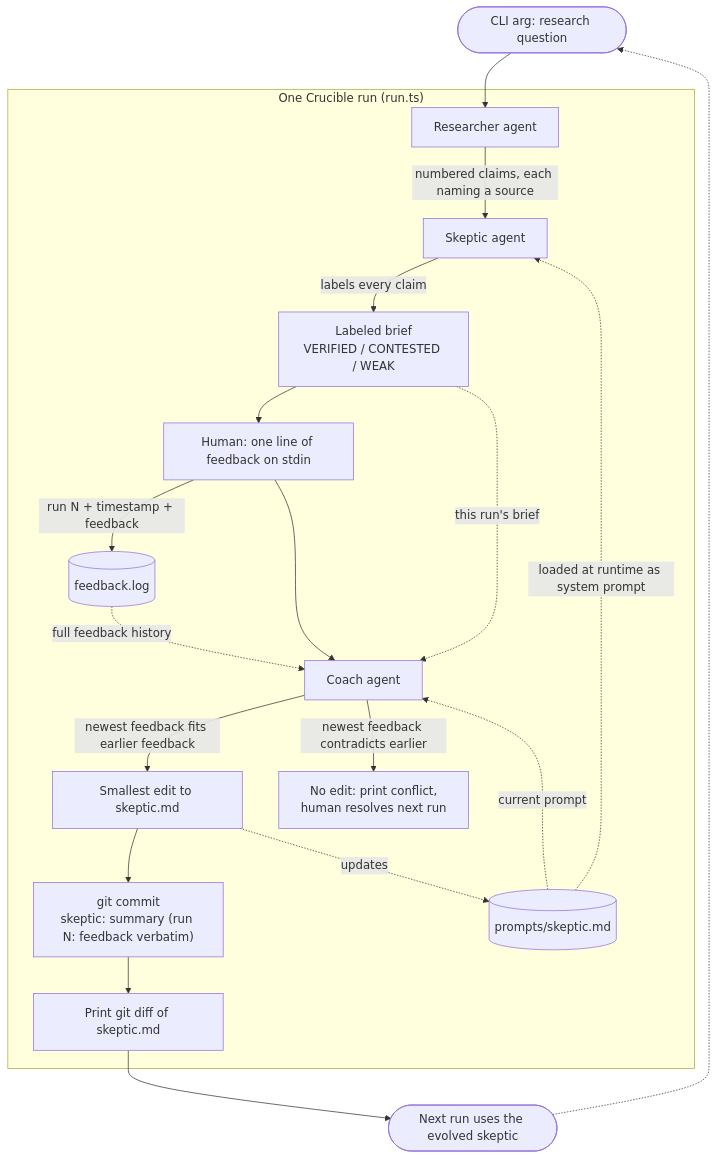
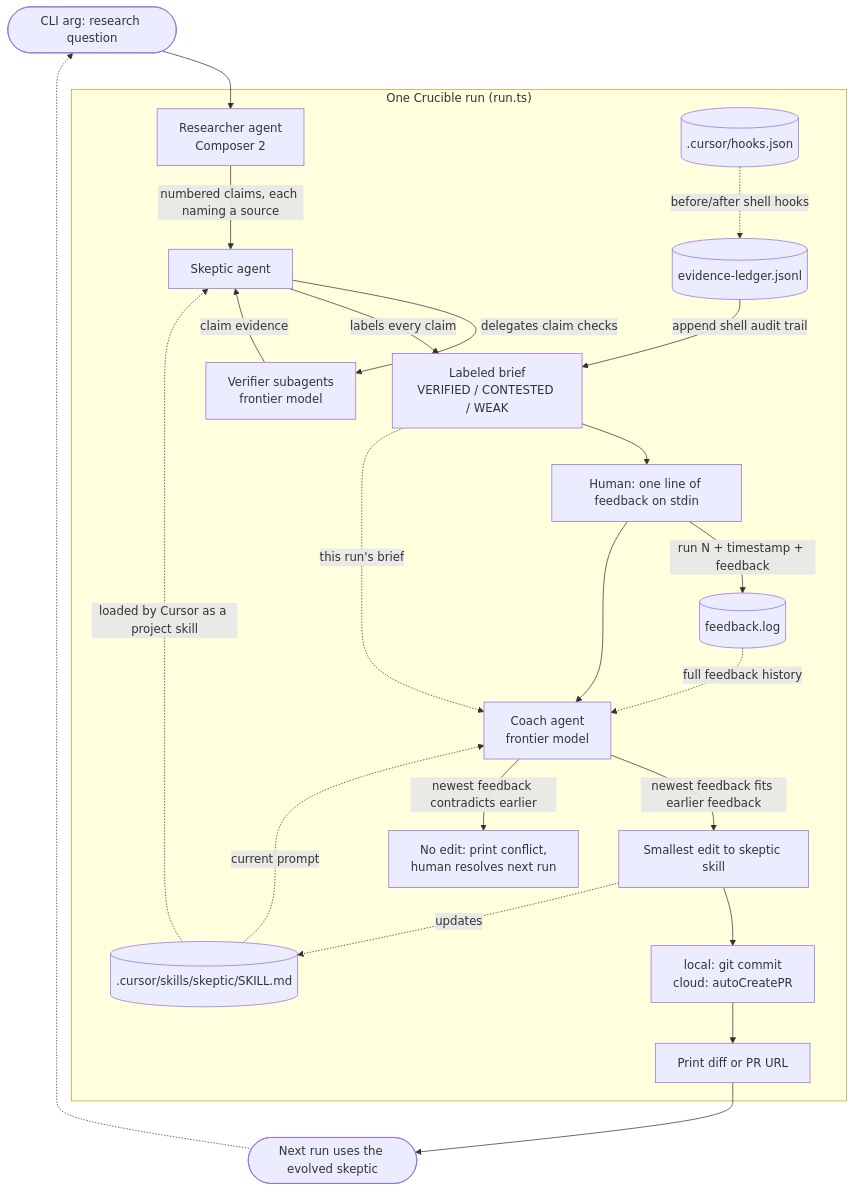
One commit to dean2727/crucible changed the diagram in crucible/README.md. Above: the diagram before and after it, drawn with Mermaid. The commit also changed other lines of this file and 6 other files, not shown here.

First line of the commit message:
feat(crucible): evolve skeptic as a Cursor skill

````diff
--- a/crucible/README.md
+++ b/crucible/README.md
@@ -20,24 +23,28 @@
 ```mermaid
 flowchart TD
     Q(["CLI arg: research question"]) --> R
 
     subgraph run ["One Crucible run (run.ts)"]
-        R["Researcher agent"] -->|"numbered claims, each naming a source"| S
-        SP[("prompts/skeptic.md")] -.->|"loaded at runtime as system prompt"| S
+        R["Researcher agent<br/>Composer 2"] -->|"numbered claims, each naming a source"| S
+        SP[(".cursor/skills/skeptic/SKILL.md")] -.->|"loaded by Cursor as a project skill"| S
+        S -->|"delegates claim checks"| V["Verifier subagents<br/>frontier model"]
+        V -->|"claim evidence"| S
+        HJ[(".cursor/hooks.json")] -.->|"before/after shell hooks"| EL[("evidence-ledger.jsonl")]
         S["Skeptic agent"] -->|"labels every claim"| B["Labeled brief<br/>VERIFIED / CONTESTED / WEAK"]
+        EL -->|"append shell audit trail"| B
         B --> H["Human: one line of feedback on stdin"]
         H -->|"run N + timestamp + feedback"| FL[("feedback.log")]
-        H --> C["Coach agent"]
+        H --> C["Coach agent<br/>frontier model"]
         FL -.->|"full feedback history"| C
         SP -.->|"current prompt"| C
         B -.->|"this run's brief"| C
-        C -->|"newest feedback fits earlier feedback"| E["Smallest edit to skeptic.md"]
+        C -->|"newest feedback fits earlier feedback"| E["Smallest edit to skeptic skill"]
         C -->|"newest feedback contradicts earlier"| X["No edit: print conflict,<br/>human resolves next run"]
-        E --> G["git commit<br/>skeptic: summary (run N: feedback verbatim)"]
-        G --> D["Print git diff of skeptic.md"]
+        E --> G["local: git commit<br/>cloud: autoCreatePR"]
+        G --> D["Print diff or PR URL"]
     end
 
     E -.->|"updates"| SP
     D --> N(["Next run uses the evolved skeptic"])
     N -.-> Q
 ```
````
